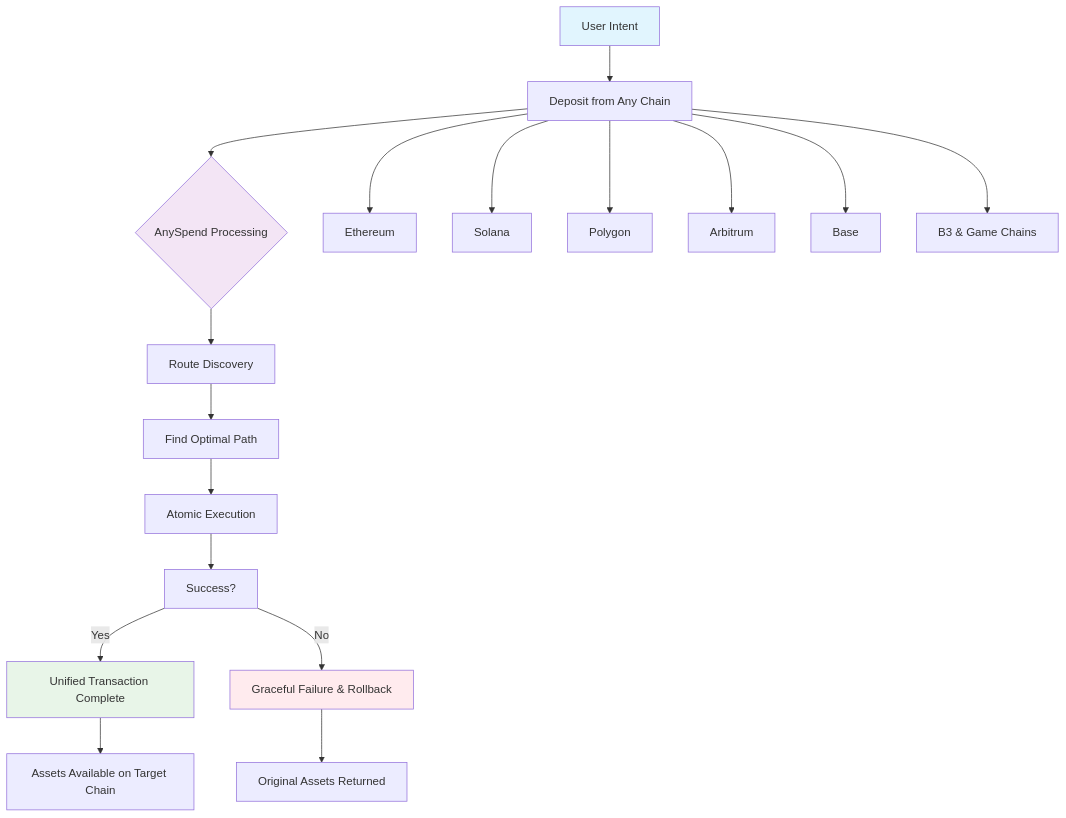
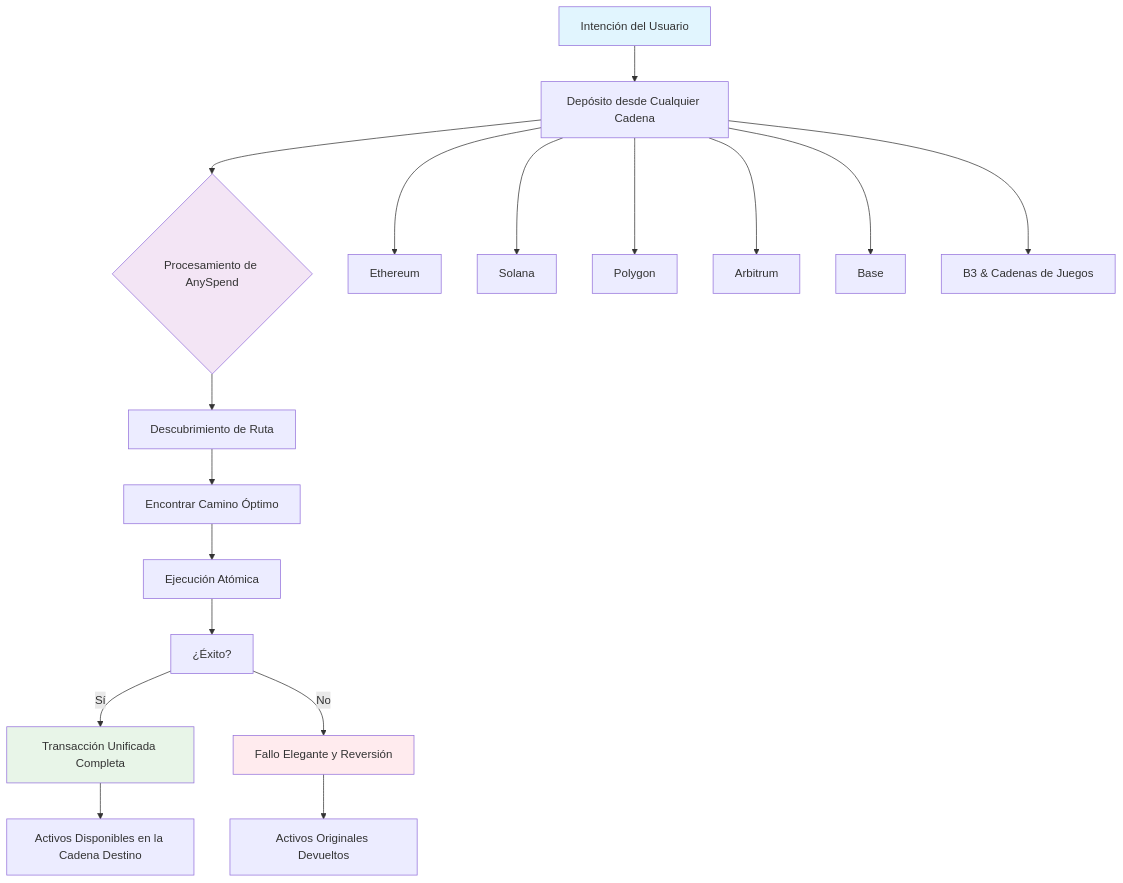
Before and after one commit to b3-fun/b3: the diagram in docs/es/protocol/liquidity.mdx, drawn with Mermaid. The commit also changed other lines of this file and 113 other files, not shown here.

````diff
--- a/docs/es/protocol/liquidity.mdx
+++ b/docs/es/protocol/liquidity.mdx
@@ -60,26 +59,26 @@
 ```mermaid
 flowchart TD
-    A[User Intent] --> B[Deposit from Any Chain]
-    B --> C{AnySpend Processing}
-    C --> D[Route Discovery]
-    D --> E[Find Optimal Path]
-    E --> F[Atomic Execution]
-    F --> G[Success?]
-    G -->|Yes| H[Unified Transaction Complete]
-    G -->|No| I[Graceful Failure & Rollback]
+    A[Intención del Usuario] --> B[Depósito desde Cualquier Cadena]
+    B --> C{Procesamiento de AnySpend}
+    C --> D[Descubrimiento de Ruta]
+    D --> E[Encontrar Camino Óptimo]
+    E --> F[Ejecución Atómica]
+    F --> G[¿Éxito?]
+    G -->|Sí| H[Transacción Unificada Completa]
+    G -->|No| I[Fallo Elegante y Reversión]
     
     B --> B1[Ethereum]
     B --> B2[Solana]
     B --> B3[Polygon]
     B --> B4[Arbitrum]
     B --> B5[Base]
-    B --> B6[B3 & Game Chains]
+    B --> B6[B3 & Cadenas de Juegos]
     
-    H --> J[Assets Available on Target Chain]
-    I --> K[Original Assets Returned]
+    H --> J[Activos Disponibles en la Cadena Destino]
+    I --> K[Activos Originales Devueltos]
     
     style A fill:#e1f5fe
     style C fill:#f3e5f5
     style H fill:#e8f5e8
     style I fill:#ffebee
 ```
````
